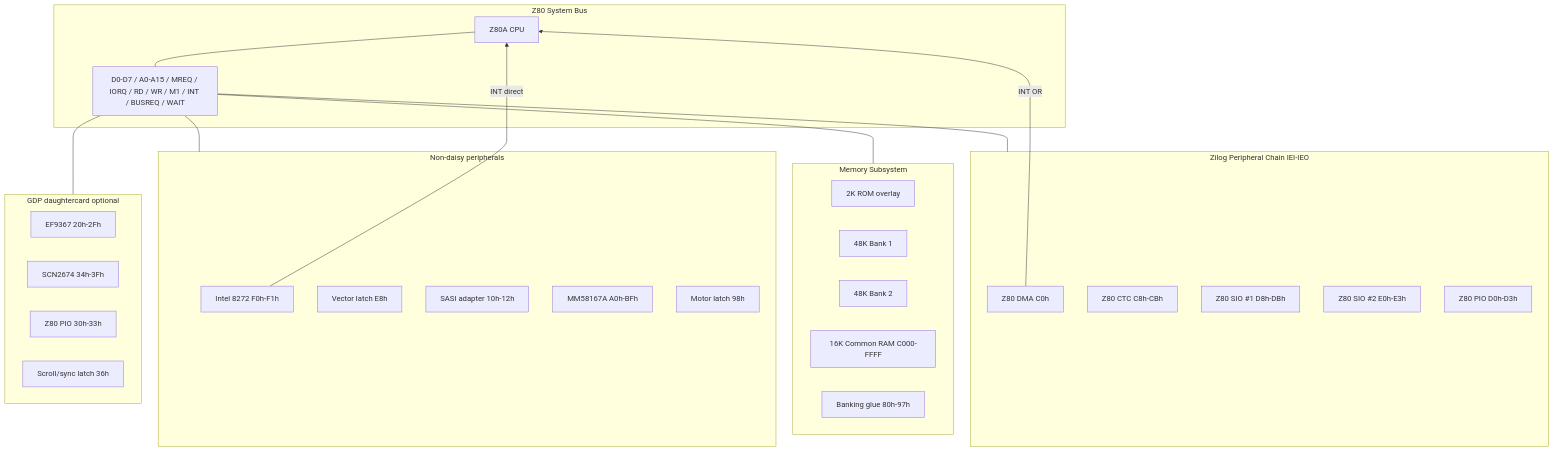
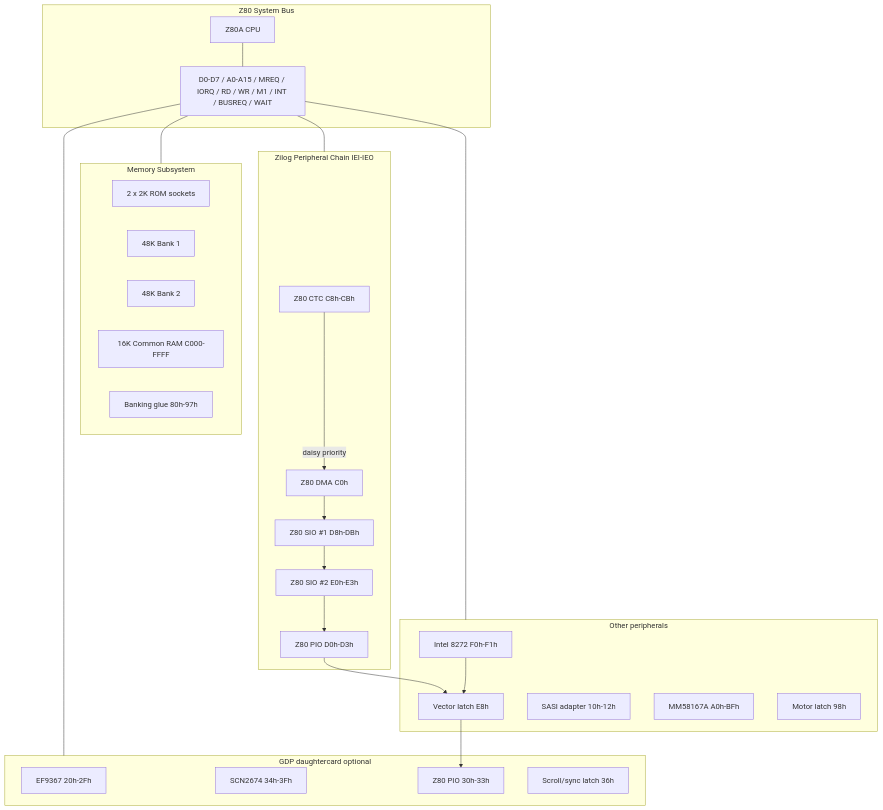
One commit to iskra-delta/idp-emu changed the diagram in docs/books/PARTNER-HARDWARE-SCHEMATICS.md. Above: the diagram before and after it, drawn with Mermaid. The commit also changed other lines of this file and 80 other files, not shown here.

````diff
--- a/docs/books/PARTNER-HARDWARE-SCHEMATICS.md
+++ b/docs/books/PARTNER-HARDWARE-SCHEMATICS.md
@@ -41,47 +42,52 @@
 ```mermaid
 flowchart TB
     subgraph cpu_bus [Z80 System Bus]
         CPU[Z80A CPU]
         BUS[D0-D7 / A0-A15 / MREQ / IORQ / RD / WR / M1 / INT / BUSREQ / WAIT]
     end
 
     subgraph mem [Memory Subsystem]
-        ROM[2K ROM overlay]
+        ROM[2 x 2K ROM sockets]
         RAM1[48K Bank 1]
         RAM2[48K Bank 2]
         COM[16K Common RAM C000-FFFF]
         BANK[Banking glue 80h-97h]
     end
 
     subgraph zilog [Zilog Peripheral Chain IEI-IEO]
+        CTC[Z80 CTC C8h-CBh]
         DMA[Z80 DMA C0h]
-        CTC[Z80 CTC C8h-CBh]
         SIO1[Z80 SIO #1 D8h-DBh]
         SIO2[Z80 SIO #2 E0h-E3h]
         PIO[Z80 PIO D0h-D3h]
     end
 
-    subgraph other [Non-daisy peripherals]
+    subgraph other [Other peripherals]
         FDC[Intel 8272 F0h-F1h]
         FDCVEC[Vector latch E8h]
         SASI[SASI adapter 10h-12h]
         RTC[MM58167A A0h-BFh]
         MOTOR[Motor latch 98h]
     end
 
     subgraph gdp [GDP daughtercard optional]
         EF[EF9367 20h-2Fh]
         AVDC[SCN2674 34h-3Fh]
         GPO[Z80 PIO 30h-33h]
         GLUE[Scroll/sync latch 36h]
     end
 
     CPU --- BUS
     BUS --- mem
     BUS --- zilog
     BUS --- other
     BUS --- gdp
 
-    DMA -->|INT OR| CPU
-    FDC -->|INT direct| CPU
+    CTC -->|daisy priority| DMA
+    DMA --> SIO1
+    SIO1 --> SIO2
+    SIO2 --> PIO
+    PIO --> FDCVEC
+    FDCVEC --> GPO
+    FDC --> FDCVEC
 ```
````
